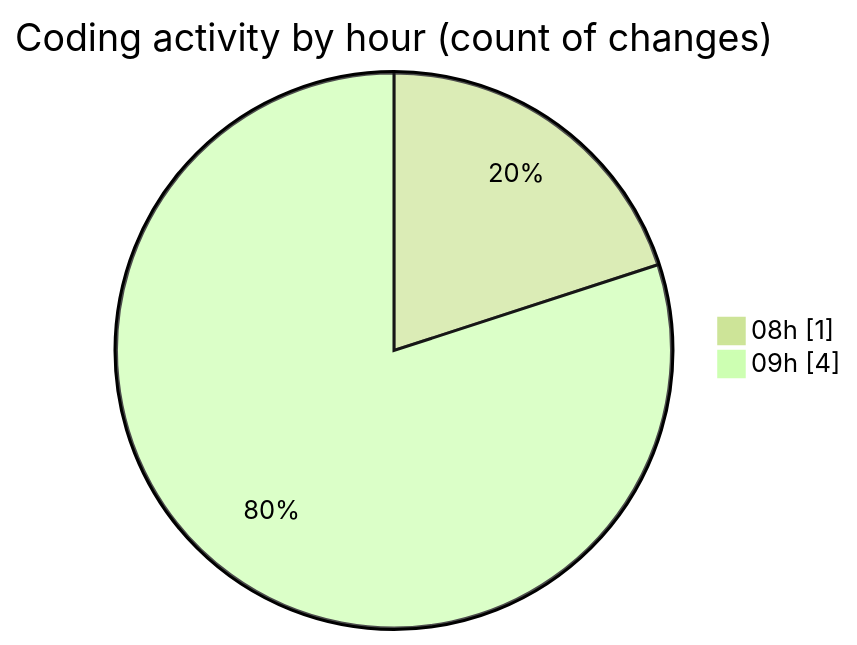
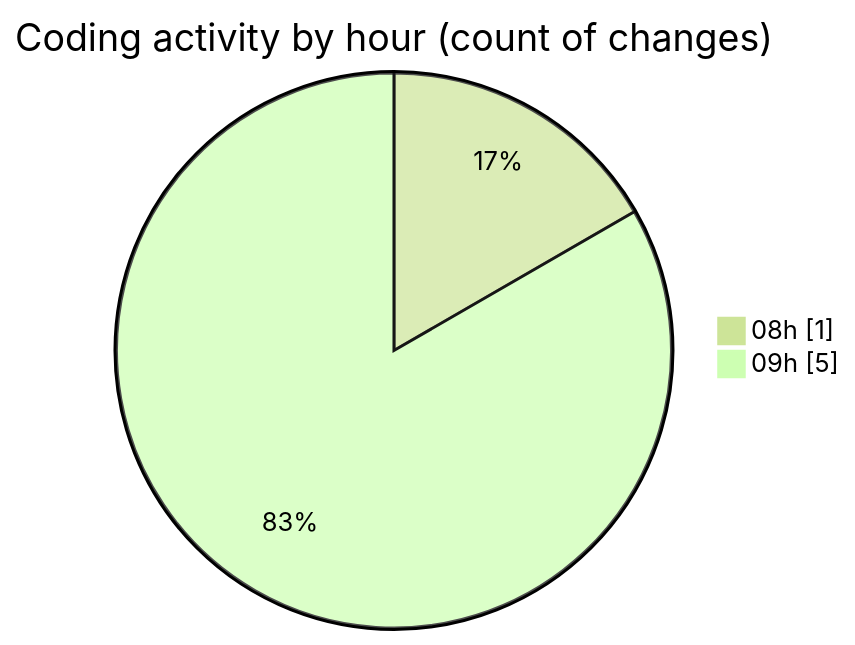
Before and after one commit to BS-eng2023/code-tracking: the second of 2 diagrams in 2025-04-04/jsvms/README.md, drawn with Mermaid (forest theme). The commit also changed other lines of this file and 1 other file, not shown here.

````diff
--- a/2025-04-04/jsvms/README.md
+++ b/2025-04-04/jsvms/README.md
@@ -30,6 +31,6 @@
 ```mermaid
 pie showData
 title Coding activity by hour (count of changes)
 "08h" : 1
-"09h" : 4
+"09h" : 5
 ```
````
